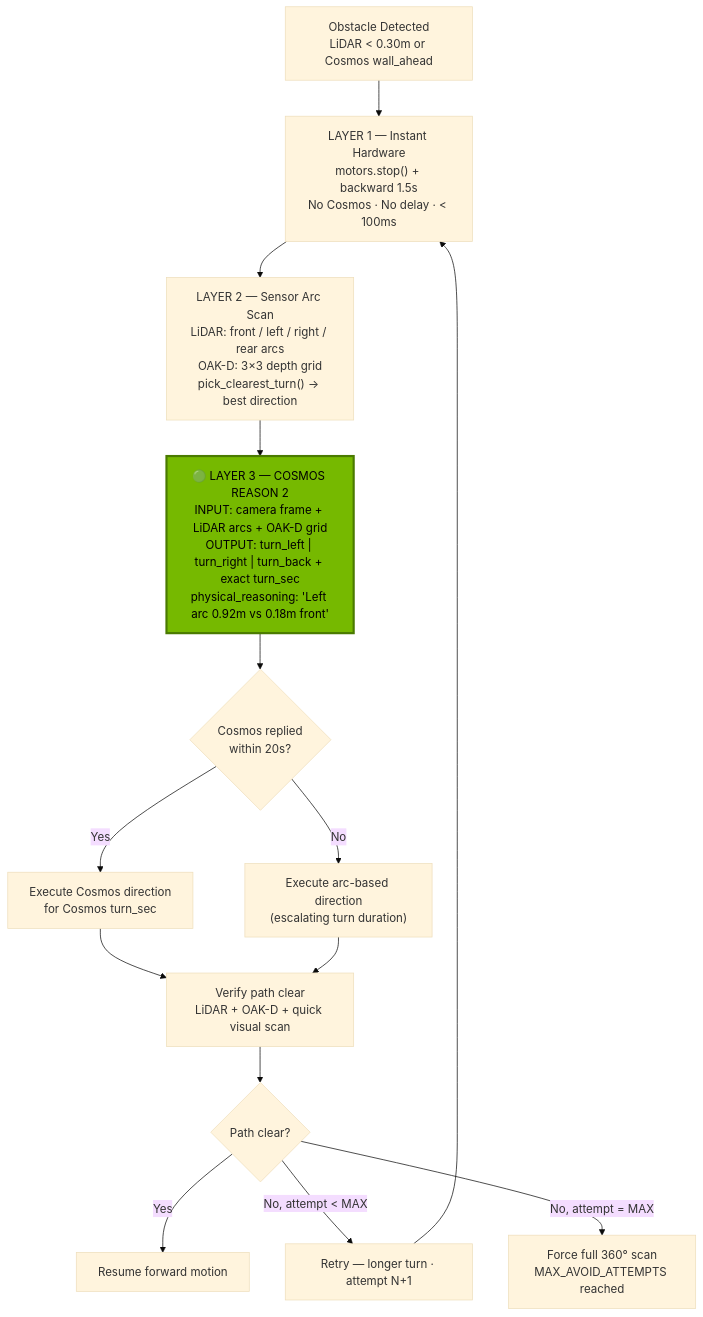
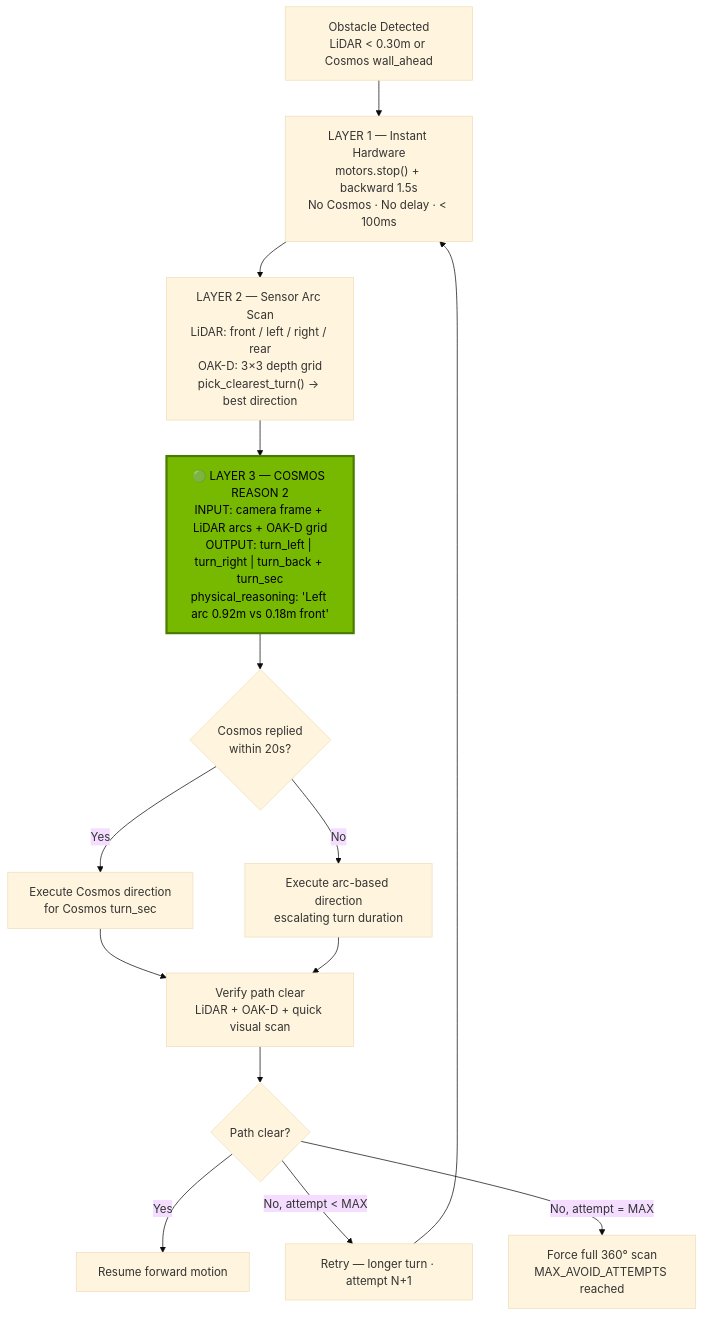
The second of 3 diagrams in docs/ARCHITECTURE.md (OppaAI/eric), drawn with Mermaid (base theme) before and after one commit. The commit also changed other lines of this file, not shown here.

Commit message:
Update ARCHITECTURE.md - update challenges section

````diff
--- a/docs/ARCHITECTURE.md
+++ b/docs/ARCHITECTURE.md
@@ -73,27 +71,50 @@
 ```mermaid
 flowchart TD
-    TRIGGER["Obstacle Detected\nLiDAR < 0.30m or Cosmos wall_ahead"]
+    TRIGGER["Obstacle Detected
+LiDAR < 0.30m or Cosmos wall_ahead"]
 
-    L1["LAYER 1 — Instant Hardware\nmotors.stop() + backward 1.5s\nNo Cosmos · No delay · < 100ms"]
-    L2["LAYER 2 — Sensor Arc Scan\nLiDAR: front / left / right / rear arcs\nOAK-D: 3×3 depth grid\npick_clearest_turn() → best direction"]
+    L1["LAYER 1 — Instant Hardware
+motors.stop() + backward 1.5s
+No Cosmos · No delay · < 100ms"]
 
-    COSMOS_AV["🟢 LAYER 3 — COSMOS REASON 2\nINPUT: camera frame + LiDAR arcs + OAK-D grid\nOUTPUT: turn_left | turn_right | turn_back + exact turn_sec\nphysical_reasoning: 'Left arc 0.92m vs 0.18m front'"]
+    L2["LAYER 2 — Sensor Arc Scan
+LiDAR: front / left / right / rear
+OAK-D: 3×3 depth grid
+pick_clearest_turn() → best direction"]
+
+    COSMOS_AV["🟢 LAYER 3 — COSMOS REASON 2
+INPUT: camera frame + LiDAR arcs + OAK-D grid
+OUTPUT: turn_left | turn_right | turn_back + turn_sec
+physical_reasoning: 'Left arc 0.92m vs 0.18m front'"]
+
     style COSMOS_AV fill:#76b900,color:#000,stroke:#4a7a00,stroke-width:3px
 
-    TIMEOUT{"Cosmos replied\nwithin 20s?"}
-    TURN_C["Execute Cosmos direction\nfor Cosmos turn_sec"]
-    TURN_A["Execute arc-based direction\n(escalating turn duration)"]
-    VERIFY["Verify path clear\nLiDAR + OAK-D + quick visual scan"]
+    TIMEOUT{"Cosmos replied
+within 20s?"}
+
+    TURN_C["Execute Cosmos direction
+for Cosmos turn_sec"]
+
+    TURN_A["Execute arc-based direction
+escalating turn duration"]
+
+    VERIFY["Verify path clear
+LiDAR + OAK-D + quick visual scan"]
+
     CLEAR{"Path clear?"}
+
     RESUME["Resume forward motion"]
+
     RETRY["Retry — longer turn · attempt N+1"]
-    FORCE360["Force full 360° scan\nMAX_AVOID_ATTEMPTS reached"]
+
+    FORCE360["Force full 360° scan
+MAX_AVOID_ATTEMPTS reached"]
 
     TRIGGER --> L1 --> L2 --> COSMOS_AV --> TIMEOUT
     TIMEOUT -->|"Yes"| TURN_C --> VERIFY
     TIMEOUT -->|"No"| TURN_A --> VERIFY
     VERIFY --> CLEAR
     CLEAR -->|"Yes"| RESUME
     CLEAR -->|"No, attempt < MAX"| RETRY --> L1
     CLEAR -->|"No, attempt = MAX"| FORCE360
 ```
````
